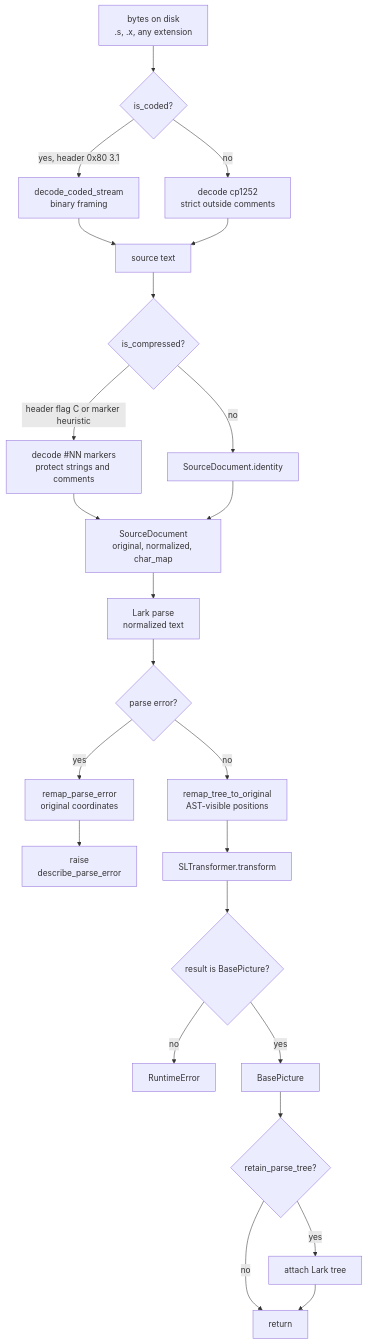
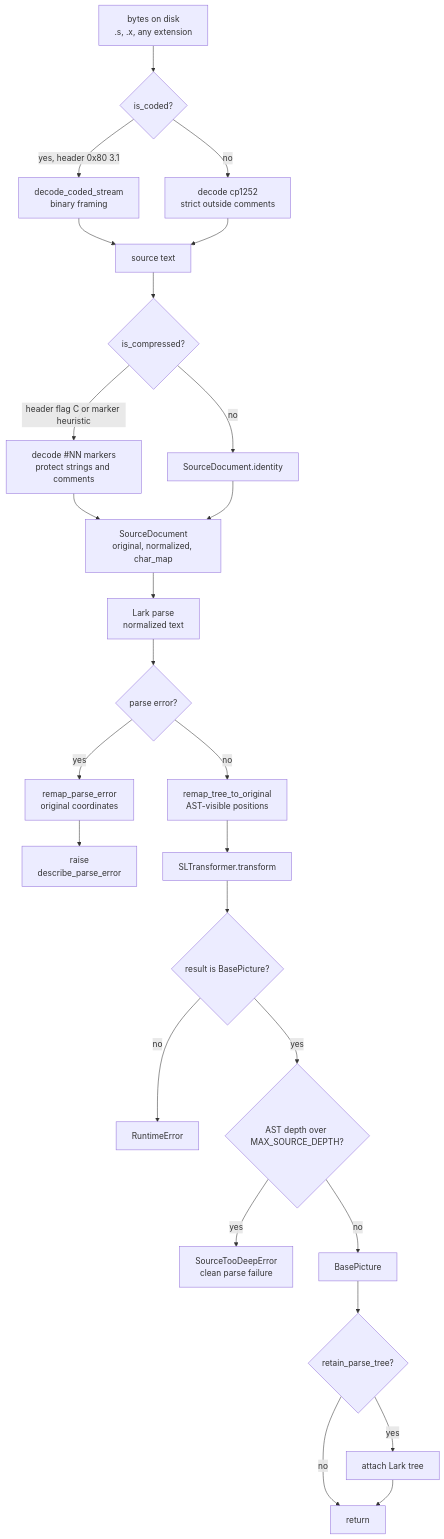
One commit to SorenHJohansen/sattline-parser changed the first of 2 diagrams in docs/parse-pipeline.md. Above: the diagram before and after it, drawn with Mermaid. The commit also changed other lines of this file and 26 other files, not shown here.

First line of the commit message:
fix(parser): bound source nesting and make AST walker iterative

````diff
--- a/docs/parse-pipeline.md
+++ b/docs/parse-pipeline.md
@@ -8,26 +8,28 @@
 ```mermaid
 flowchart TB
     A["bytes on disk<br/>.s, .x, any extension"] --> B{"is_coded?"}
     B -->|yes, header 0x80 3.1| C["decode_coded_stream<br/>binary framing"]
     B -->|no| D["decode cp1252<br/>strict outside comments"]
     C --> E["source text"]
     D --> E
     E --> F{"is_compressed?"}
     F -->|header flag C or marker heuristic| G["decode #NN markers<br/>protect strings and comments"]
     F -->|no| H["SourceDocument.identity"]
     G --> I["SourceDocument<br/>original, normalized, char_map"]
     H --> I
     I --> J["Lark parse<br/>normalized text"]
     J --> K{"parse error?"}
     K -->|yes| L["remap_parse_error<br/>original coordinates"]
     L --> M["raise<br/>describe_parse_error"]
     K -->|no| N["remap_tree_to_original<br/>AST-visible positions"]
     N --> O["SLTransformer.transform"]
     O --> P{"result is BasePicture?"}
     P -->|no| Q["RuntimeError"]
-    P -->|yes| R["BasePicture"]
+    P -->|yes| DEPTH{"AST depth over MAX_SOURCE_DEPTH?"}
+    DEPTH -->|yes| DEPTHFAIL["SourceTooDeepError<br/>clean parse failure"]
+    DEPTH -->|no| R["BasePicture"]
     R --> S{"retain_parse_tree?"}
     S -->|yes| T["attach Lark tree"]
     S -->|no| U["return"]
     T --> U
 ```
````
